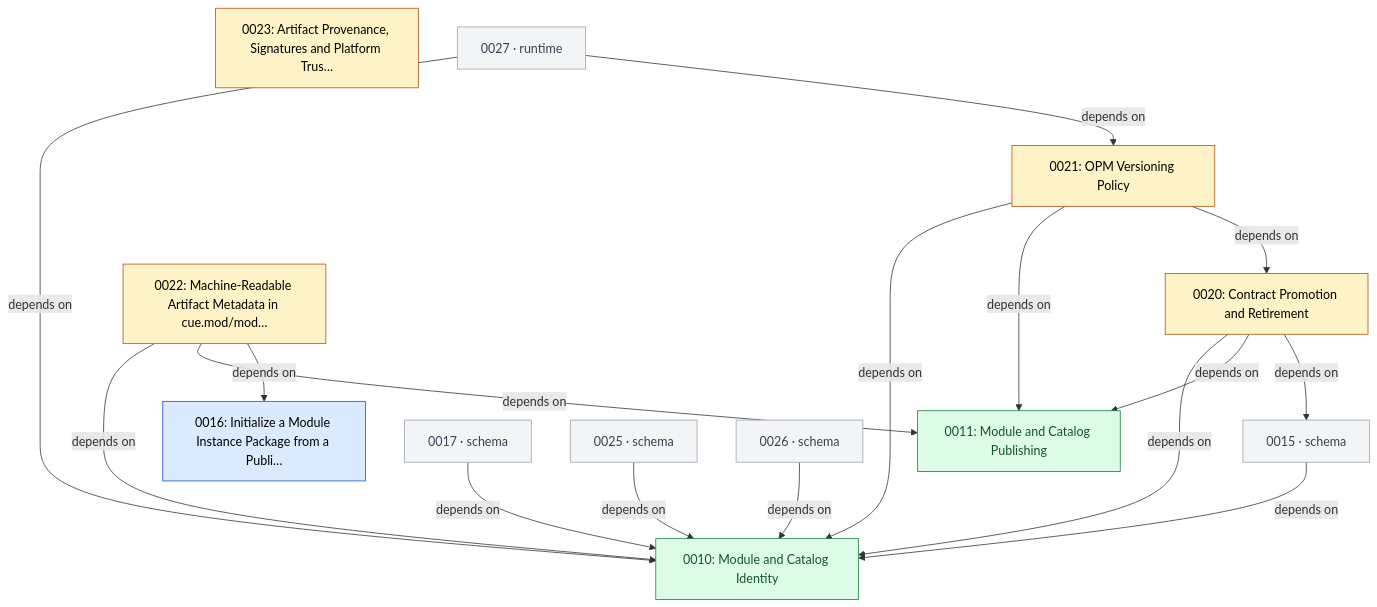
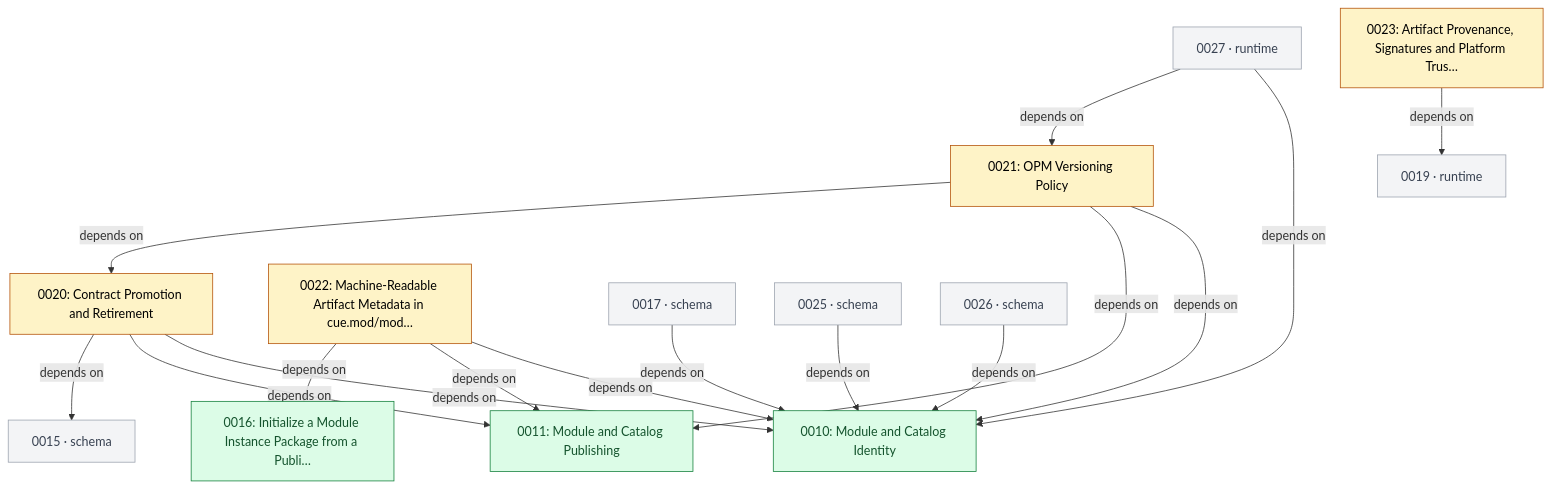
Before and after one commit to open-platform-model/enhancements: the fourth of 7 diagrams in GRAPH.md, drawn with Mermaid. The commit also changed other lines of this file and 1 other file, not shown here.

Commit message:
docs(index): regenerate INDEX.md and GRAPH.md

````diff
--- a/GRAPH.md
+++ b/GRAPH.md
@@ -137,40 +137,41 @@
 ```mermaid
 graph TD
   classDef draft       fill:#fef3c7,stroke:#b45309,color:#000
   classDef accepted    fill:#dbeafe,stroke:#1d4ed8,color:#000
   classDef rejected    fill:#fee2e2,stroke:#b91c1c,color:#7f1d1d,stroke-dasharray:4 2
   classDef superseded  fill:#e5e7eb,stroke:#6b7280,color:#6b7280
   classDef delivered   fill:#dcfce7,stroke:#15803d,color:#14532d
   classDef legacy      fill:#fafafa,stroke:#9ca3af,color:#6b7280,stroke-dasharray:3 3
   classDef stub        fill:#f3f4f6,stroke:#9ca3af,color:#374151
   classDef category    fill:#ede9fe,stroke:#6d28d9,color:#000
 
   N0010["0010: Module and Catalog Identity"]:::delivered
   N0011["0011: Module and Catalog Publishing"]:::delivered
-  N0016["0016: Initialize a Module Instance Package from a Publi…"]:::accepted
+  N0016["0016: Initialize a Module Instance Package from a Publi…"]:::delivered
   N0020["0020: Contract Promotion and Retirement"]:::draft
   N0021["0021: OPM Versioning Policy"]:::draft
   N0022["0022: Machine-Readable Artifact Metadata in cue.mod/mod…"]:::draft
   N0023["0023: Artifact Provenance, Signatures and Platform Trus…"]:::draft
   N0015["0015 · schema"]:::stub
   N0017["0017 · schema"]:::stub
+  N0019["0019 · runtime"]:::stub
   N0025["0025 · schema"]:::stub
   N0026["0026 · schema"]:::stub
   N0027["0027 · runtime"]:::stub
 
-  N0015 -->|depends on| N0010
   N0017 -->|depends on| N0010
   N0020 -->|depends on| N0010
   N0020 -->|depends on| N0011
   N0020 -->|depends on| N0015
   N0021 -->|depends on| N0010
   N0021 -->|depends on| N0011
   N0021 -->|depends on| N0020
   N0022 -->|depends on| N0010
   N0022 -->|depends on| N0011
   N0022 -->|depends on| N0016
+  N0023 -->|depends on| N0019
   N0025 -->|depends on| N0010
   N0026 -->|depends on| N0010
   N0027 -->|depends on| N0010
   N0027 -->|depends on| N0021
 ```
````
